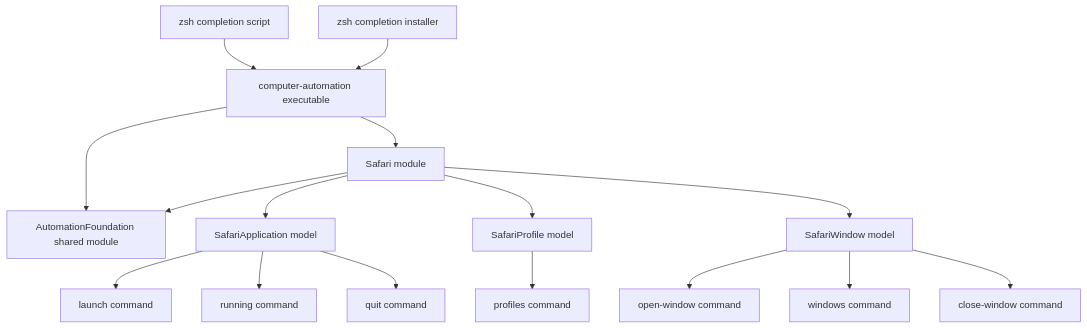
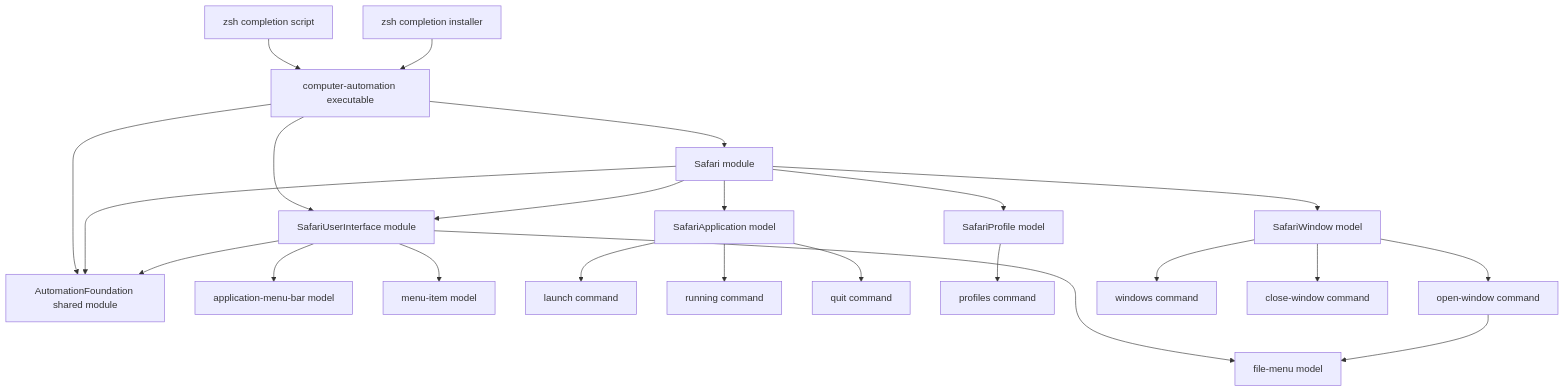
Before and after one commit to Glutexo/computer-automation: the diagram in docs/architecture.md, drawn with Mermaid. The commit also changed other lines of this file and 15 other files, not shown here.

Commit message:
refactor: split safari ui into separate module

````diff
--- a/docs/architecture.md
+++ b/docs/architecture.md
@@ -5,34 +5,45 @@
 ```mermaid
 flowchart TD
     App["computer-automation executable"]
     Foundation["AutomationFoundation shared module"]
     Zsh["zsh completion script"]
     ZshInstaller["zsh completion installer"]
     Safari["Safari module"]
+    SafariUI["SafariUserInterface module"]
     SafariApplication["SafariApplication model"]
     SafariProfile["SafariProfile model"]
     SafariWindow["SafariWindow model"]
+    SafariMenuBar["application-menu-bar model"]
+    SafariFileMenu["file-menu model"]
+    SafariMenuItem["menu-item model"]
     Launch["launch command"]
     Running["running command"]
     Quit["quit command"]
     Profiles["profiles command"]
     WindowOpen["open-window command"]
     Windows["windows command"]
     WindowClose["close-window command"]
 
     App --> Foundation
     Zsh --> App
     ZshInstaller --> App
     App --> Safari
+    App --> SafariUI
     Safari --> Foundation
+    Safari --> SafariUI
+    SafariUI --> Foundation
     Safari --> SafariApplication
     Safari --> SafariProfile
     Safari --> SafariWindow
+    SafariUI --> SafariMenuBar
+    SafariUI --> SafariFileMenu
+    SafariUI --> SafariMenuItem
     SafariApplication --> Launch
     SafariApplication --> Running
     SafariApplication --> Quit
     SafariProfile --> Profiles
     SafariWindow --> WindowOpen
     SafariWindow --> Windows
     SafariWindow --> WindowClose
+    WindowOpen --> SafariFileMenu
 ```
````
